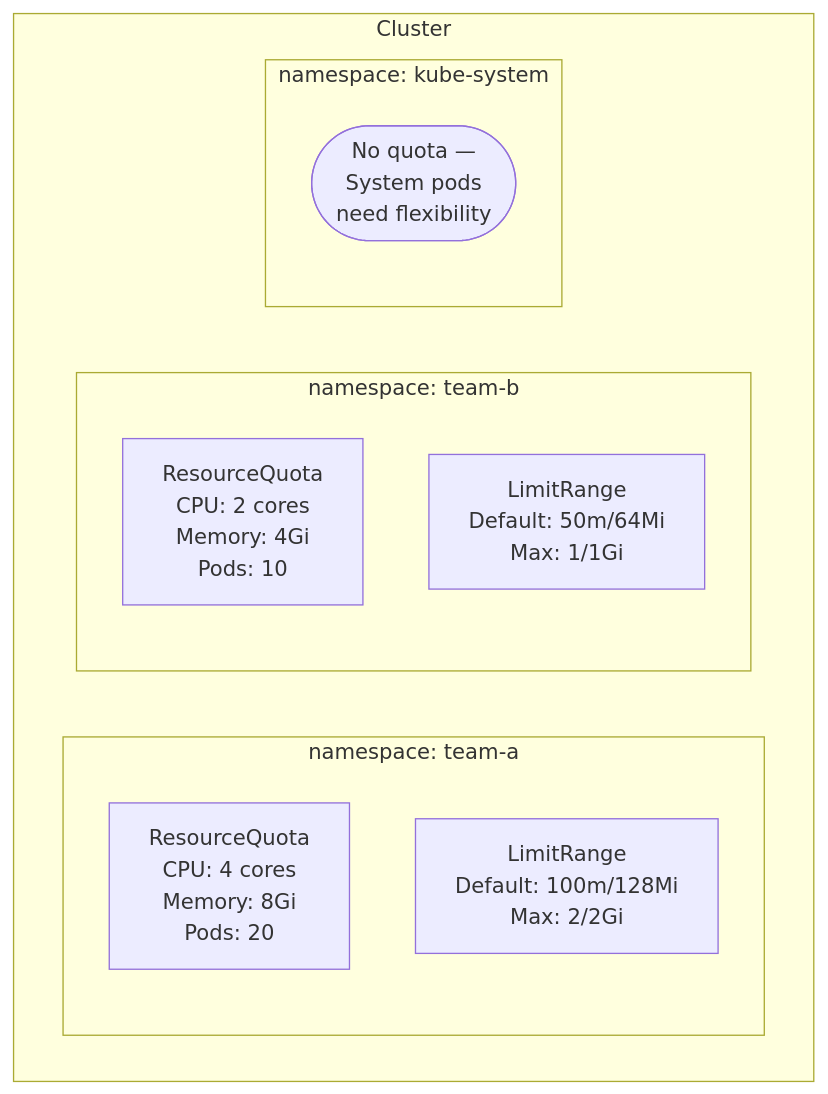
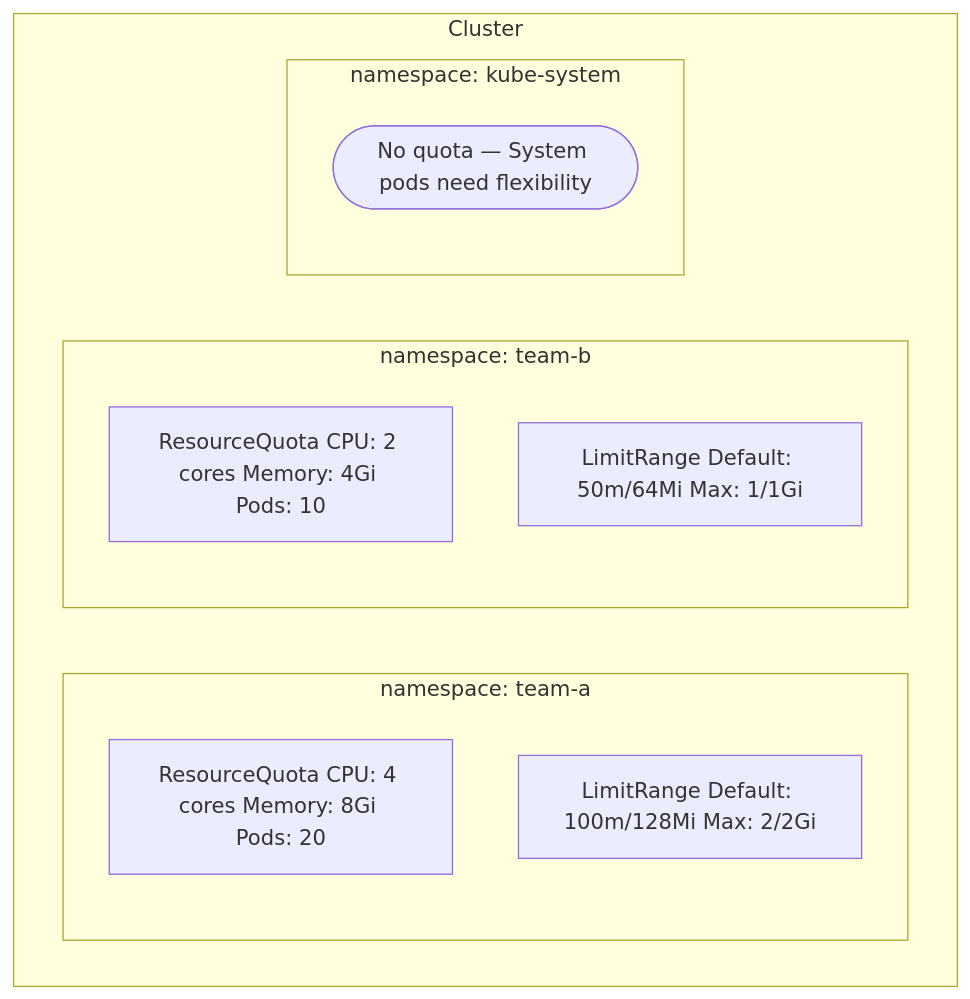
One commit to UncleJS/course_k3s changed the second of 3 diagrams in 14_maintenance/03_resource_management.md. Above: the diagram before and after it, drawn with Mermaid. The commit also changed other lines of this file and 57 other files, not shown here.

````diff
--- a/14_maintenance/03_resource_management.md
+++ b/14_maintenance/03_resource_management.md
@@ -211,16 +211,16 @@
 ```mermaid
 graph TD
     subgraph "Cluster"
         subgraph "namespace: team-a"
-            Q1[ResourceQuota\nCPU: 4 cores\nMemory: 8Gi\nPods: 20]
-            L1[LimitRange\nDefault: 100m/128Mi\nMax: 2/2Gi]
+            Q1[ResourceQuota CPU: 4 cores Memory: 8Gi Pods: 20]
+            L1[LimitRange Default: 100m/128Mi Max: 2/2Gi]
         end
         subgraph "namespace: team-b"
-            Q2[ResourceQuota\nCPU: 2 cores\nMemory: 4Gi\nPods: 10]
-            L2[LimitRange\nDefault: 50m/64Mi\nMax: 1/1Gi]
+            Q2[ResourceQuota CPU: 2 cores Memory: 4Gi Pods: 10]
+            L2[LimitRange Default: 50m/64Mi Max: 1/1Gi]
         end
         subgraph "namespace: kube-system"
-            NoQuota([No quota —\nSystem pods\nneed flexibility])
+            NoQuota([No quota — System pods need flexibility])
         end
     end
 ```
````
